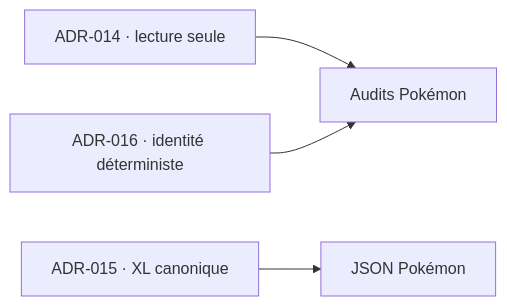
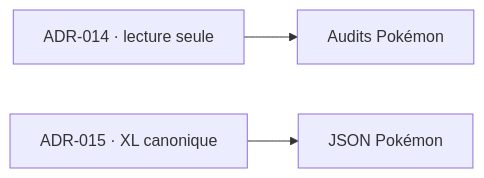
The diagram in docs/Tome 1 — Foundation (Fondations)/DOC-035-adr-index.md (Matthieu-Vachet/dashboard_Admin), drawn with Mermaid before and after one commit. The commit also changed other lines of this file and 33 other files, not shown here.

````diff
--- a/docs/Tome 1 — Foundation (Fondations)/DOC-035-adr-index.md
+++ b/docs/Tome 1 — Foundation (Fondations)/DOC-035-adr-index.md
@@ -42,6 +41,5 @@
 ```mermaid
 flowchart LR
   ADR14["ADR-014 · lecture seule"] --> AUDIT["Audits Pokémon"]
-  ADR16["ADR-016 · identité déterministe"] --> AUDIT
   ADR15["ADR-015 · XL canonique"] --> DATA["JSON Pokémon"]
 ```
````
